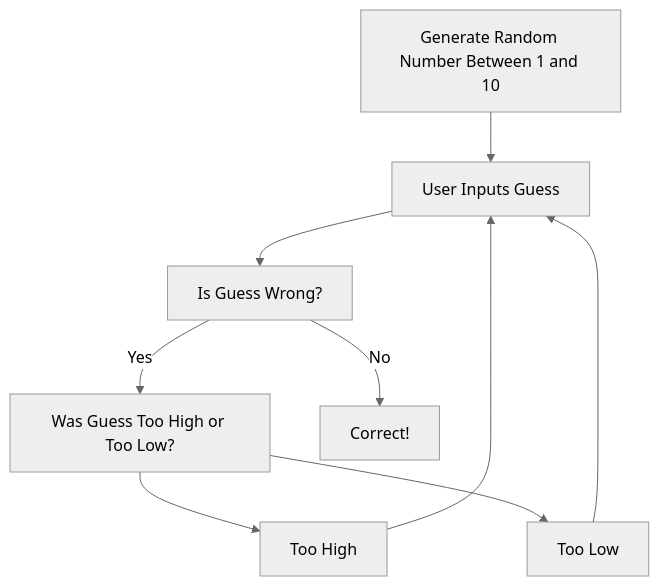
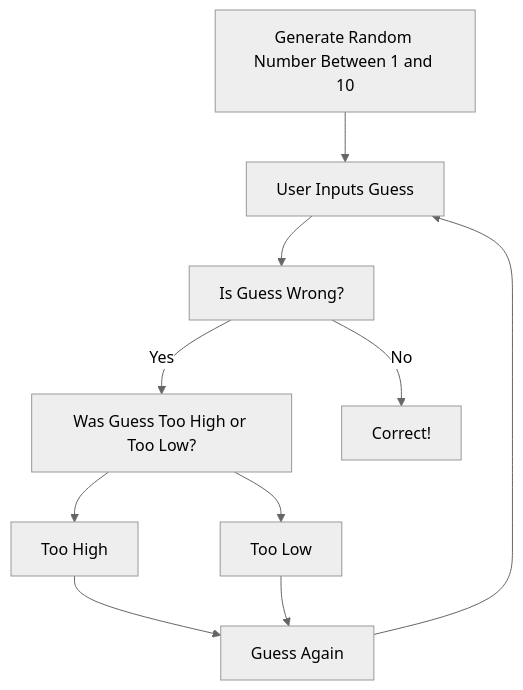
The diagram in Guessing.md (mebannon/mebannon.github.io), drawn with Mermaid (neutral theme) before and after one commit. The commit also changed other lines of this file, not shown here.

````diff
--- a/Guessing.md
+++ b/Guessing.md
@@ -1,11 +1,11 @@
 ```mermaid
 flowchart TD
     A[Generate Random Number Between 1 and 10] --> B[User Inputs Guess]
     B --> C[Is Guess Wrong?]
     C -->|Yes| D[Was Guess Too High or Too Low?]
     D --> E[Too High]
     D --> F[Too Low]
-    E --> B
-    F --> B
-    C --> |No| G[Correct!]
+    E & F --> G[Guess Again]
+    G --> B
+    C --> |No| H[Correct!]
 ```
````
